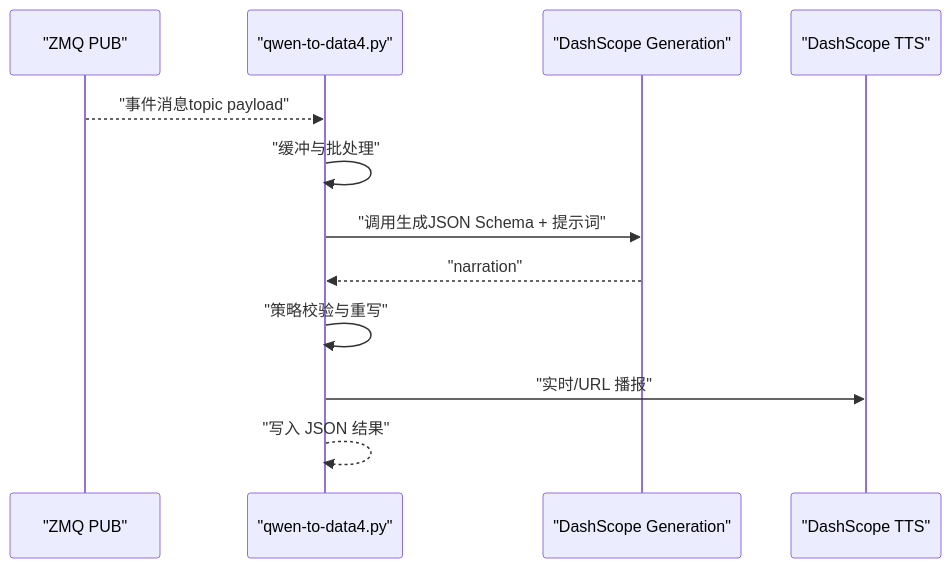
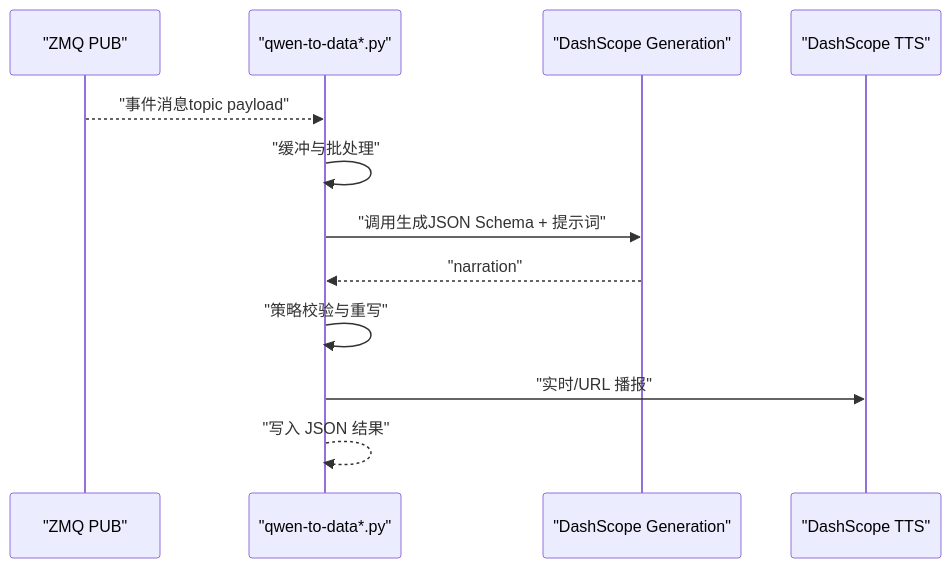
The seventh of 12 diagrams in .qoder/repowiki/zh/content/开发者指南/开发者指南.md (1024dashen/Vue3Speech), drawn with Mermaid before and after one commit. The commit also changed other lines of this file and 5 other files, not shown here.

````diff
--- a/.qoder/repowiki/zh/content/开发者指南/开发者指南.md
+++ b/.qoder/repowiki/zh/content/开发者指南/开发者指南.md
@@ -319,14 +346,14 @@
 ```mermaid
 sequenceDiagram
 participant ZMQ as "ZMQ PUB"
-participant Proc as "qwen-to-data4.py"
+participant Proc as "qwen-to-data*.py"
 participant Model as "DashScope Generation"
 participant TTS as "DashScope TTS"
 ZMQ-->>Proc : "事件消息topic payload"
 Proc->>Proc : "缓冲与批处理"
 Proc->>Model : "调用生成JSON Schema + 提示词"
 Model-->>Proc : "narration"
 Proc->>Proc : "策略校验与重写"
 Proc->>TTS : "实时/URL 播报"
 Proc-->>Proc : "写入 JSON 结果"
 ```
````
